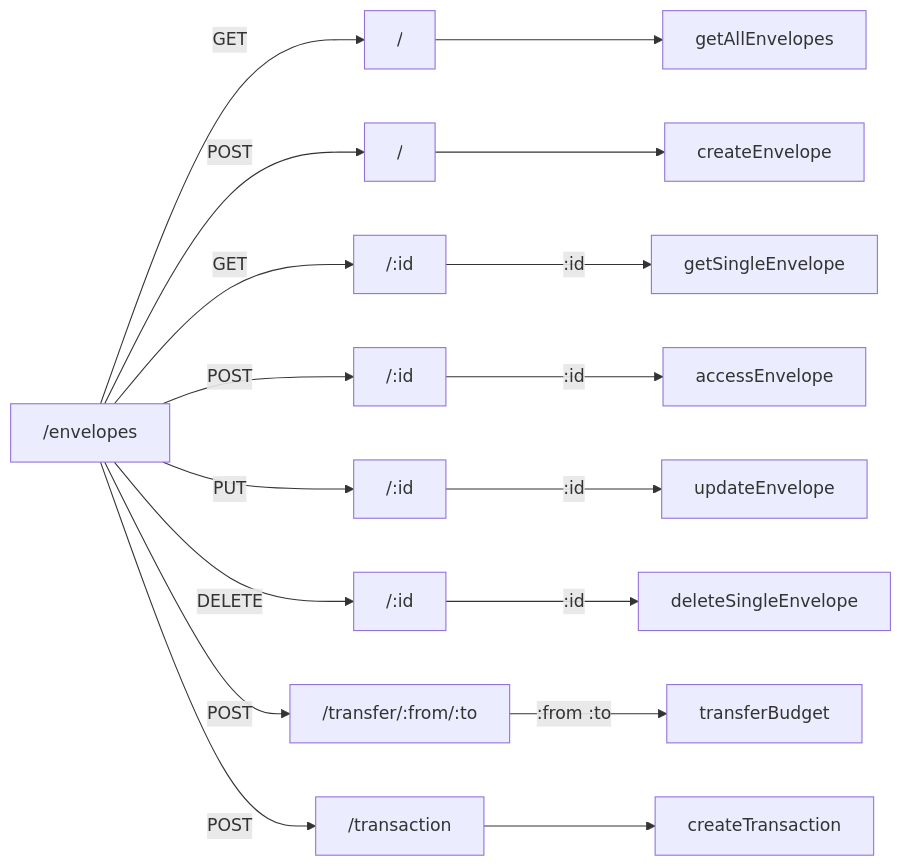
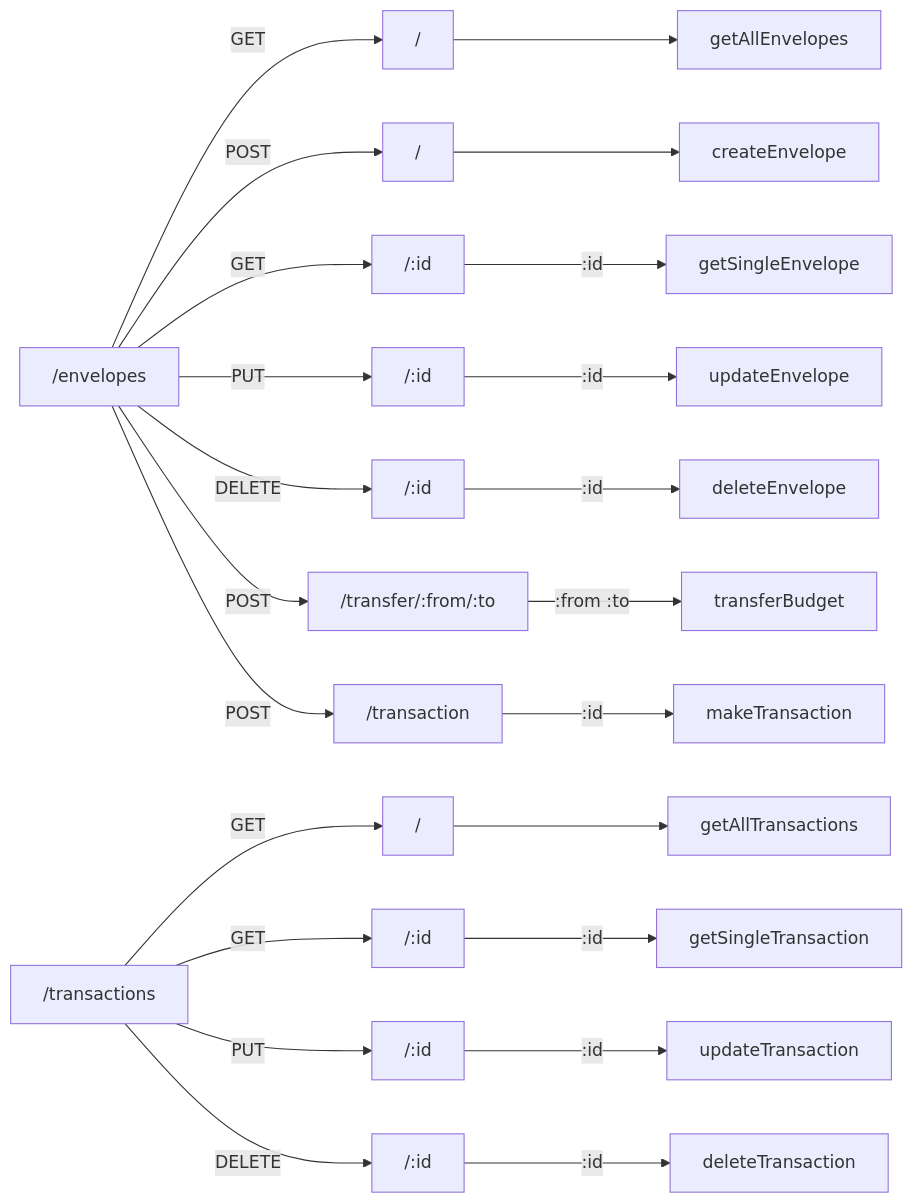
One commit to riascho/Budget-Project changed the first of 2 diagrams in Update.md. Above: the diagram before and after it, drawn with Mermaid. The commit also changed other lines of this file and 7 other files, not shown here.

````diff
--- a/Update.md
+++ b/Update.md
@@ -28,12 +28,15 @@
 ```mermaid
 graph LR
-    A["/envelopes"] -->|"GET"| B["/"] --> AB["getAllEnvelopes"]
+    A["/envelopes"] -->|"GET"| AA["/"] --> AB["getAllEnvelopes"]
     A -->|"POST"| C["/"] --> AC["createEnvelope"]
     A -->|"GET"| D["/:id"] -->|":id"| AD["getSingleEnvelope"]
-    A -->|"POST"| E["/:id"] -->|":id"| AE["accessEnvelope"]
     A -->|"PUT"| F["/:id"] -->|":id"| AF["updateEnvelope"]
-    A -->|"DELETE"| G["/:id"] -->|":id"| AG["deleteSingleEnvelope"]
+    A -->|"DELETE"| G["/:id"] -->|":id"| AG["deleteEnvelope"]
     A -->|"POST"| H["/transfer/:from/:to"] -->|":from :to"| AH["transferBudget"]
-    A -->|"POST"| I["/transaction"] --> AI["createTransaction"]
+    A -->|"POST"| I["/transaction"] -->|":id"| AI["makeTransaction"]
 
+    B["/transactions"] -->|"GET"| BB["/"] --> BC["getAllTransactions"]
+    B -->|"GET"| BD["/:id"] --> |":id"| BE["getSingleTransaction"]
+    B --> |"PUT"| BF["/:id"] --> |":id"| BG["updateTransaction"]
+    B --> |"DELETE"| BH["/:id"] --> |":id"| BI["deleteTransaction"]
 ```
````
